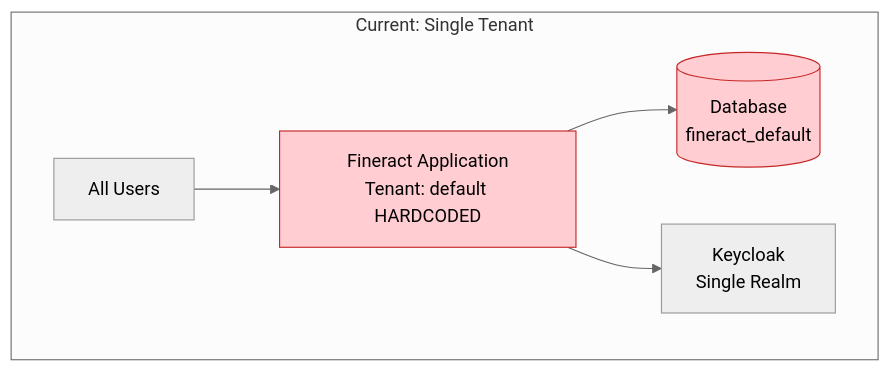
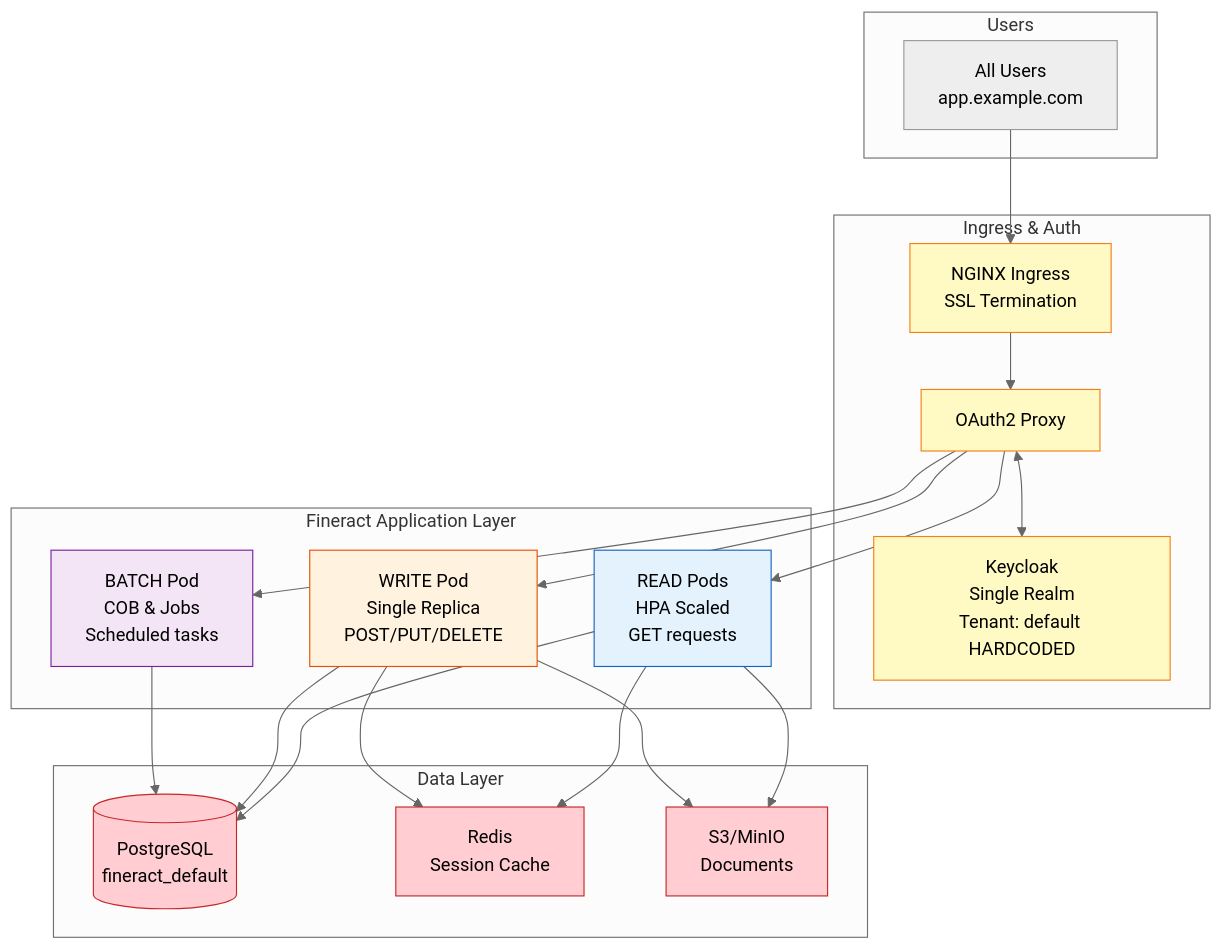
The first of 8 diagrams in docs/multi-tenant/EXECUTIVE_SUMMARY.md (ADORSYS-GIS/fineract-gitops), drawn with Mermaid (neutral theme) before and after one commit. The commit also changed other lines of this file and 2 other files, not shown here.

Commit message:
architecture html print

````diff
--- a/docs/multi-tenant/EXECUTIVE_SUMMARY.md
+++ b/docs/multi-tenant/EXECUTIVE_SUMMARY.md
@@ -29,11 +29,44 @@
 ```mermaid
 graph TB
-    subgraph "Current: Single Tenant"
-        U1[All Users] --> APP1[Fineract Application<br/>Tenant: default HARDCODED]
-        APP1 --> DB1[(Database<br/>fineract_default)]
-        APP1 --> KC1[Keycloak<br/>Single Realm]
+    subgraph "Users"
+        U1[All Users<br/>app.example.com]
     end
 
-    style APP1 fill:#ffcdd2,stroke:#c62828
-    style DB1 fill:#ffcdd2,stroke:#c62828
+    subgraph "Ingress & Auth"
+        ING[NGINX Ingress<br/>SSL Termination]
+        OAUTH[OAuth2 Proxy]
+        KC[Keycloak<br/>Single Realm<br/>Tenant: default HARDCODED]
+    end
+
+    subgraph "Fineract Application Layer"
+        FR_READ[READ Pods<br/>HPA Scaled<br/>GET requests]
+        FR_WRITE[WRITE Pod<br/>Single Replica<br/>POST/PUT/DELETE]
+        FR_BATCH[BATCH Pod<br/>COB & Jobs<br/>Scheduled tasks]
+    end
+
+    subgraph "Data Layer"
+        PG[(PostgreSQL<br/>fineract_default)]
+        REDIS[Redis<br/>Session Cache]
+        S3[S3/MinIO<br/>Documents]
+    end
+
+    U1 --> ING
+    ING --> OAUTH
+    OAUTH <--> KC
+    OAUTH --> FR_READ & FR_WRITE & FR_BATCH
+
+    FR_READ & FR_WRITE & FR_BATCH --> PG
+    FR_READ & FR_WRITE --> REDIS & S3
+
+    classDef ingressLayer fill:#fff9c4,stroke:#f57f17
+    classDef readPod fill:#e3f2fd,stroke:#1565c0
+    classDef writePod fill:#fff3e0,stroke:#e65100
+    classDef batchPod fill:#f3e5f5,stroke:#7b1fa2
+    classDef dataLayer fill:#ffcdd2,stroke:#c62828
+
+    class ING,OAUTH,KC ingressLayer
+    class FR_READ readPod
+    class FR_WRITE writePod
+    class FR_BATCH batchPod
+    class PG,REDIS,S3 dataLayer
 ```
````
